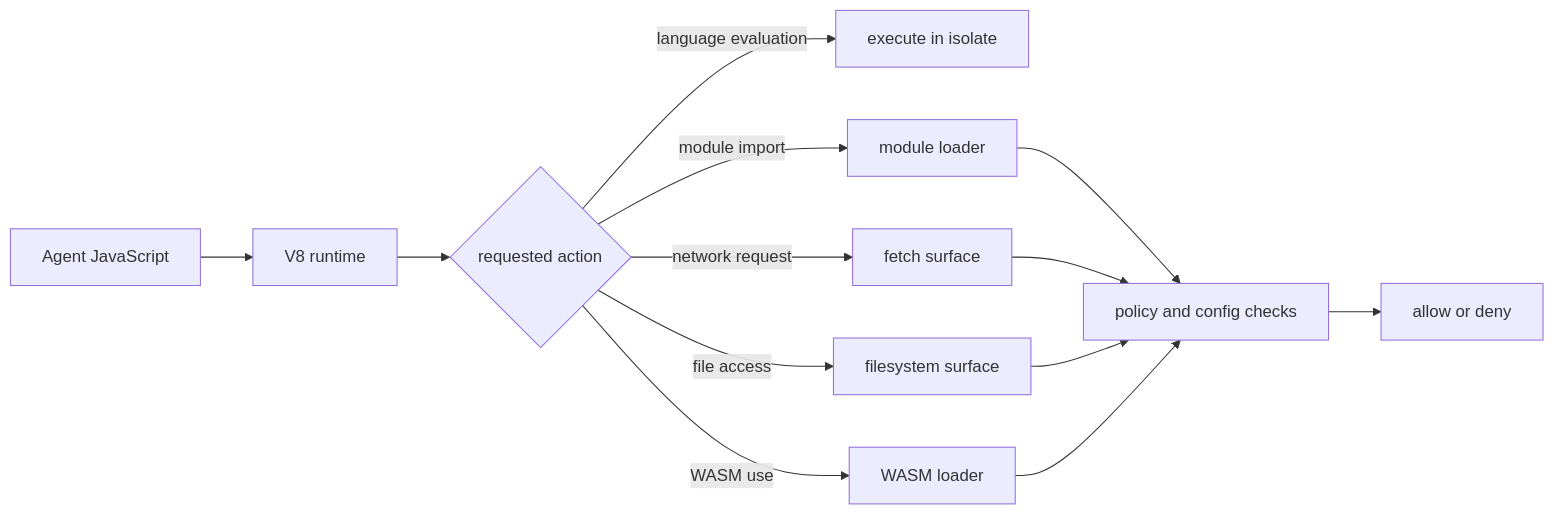
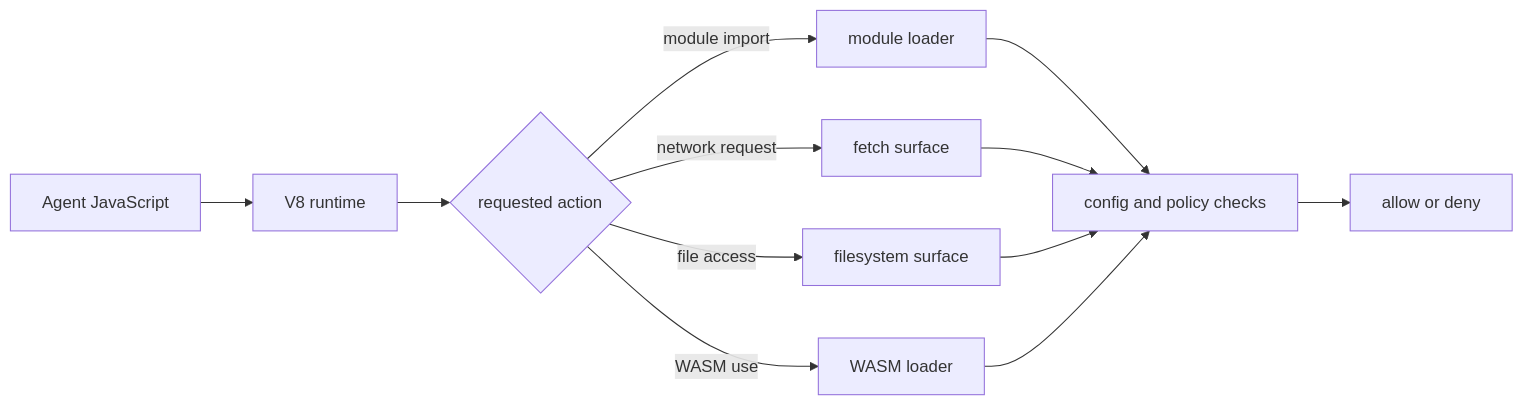
Before and after one commit to r33drichards/mcp-js: the fourth of 4 diagrams in site-docs/concepts/javascript-runtime.md, drawn with Mermaid. The commit also changed other lines of this file, not shown here.

````diff
--- a/site-docs/concepts/javascript-runtime.md
+++ b/site-docs/concepts/javascript-runtime.md
@@ -141,15 +225,14 @@
 ```mermaid
 flowchart LR
   A[Agent JavaScript] --> B[V8 runtime]
   B --> C{requested action}
-  C -->|language evaluation| D[execute in isolate]
-  C -->|module import| E[module loader]
-  C -->|network request| F[fetch surface]
-  C -->|file access| G[filesystem surface]
-  C -->|WASM use| H[WASM loader]
-  E --> I[policy and config checks]
-  F --> I
-  G --> I
-  H --> I
-  I --> J[allow or deny]
+  C -->|module import| D[module loader]
+  C -->|network request| E[fetch surface]
+  C -->|file access| F[filesystem surface]
+  C -->|WASM use| G[WASM loader]
+  D --> H[config and policy checks]
+  E --> H
+  F --> H
+  G --> H
+  H --> I[allow or deny]
 ```
````
